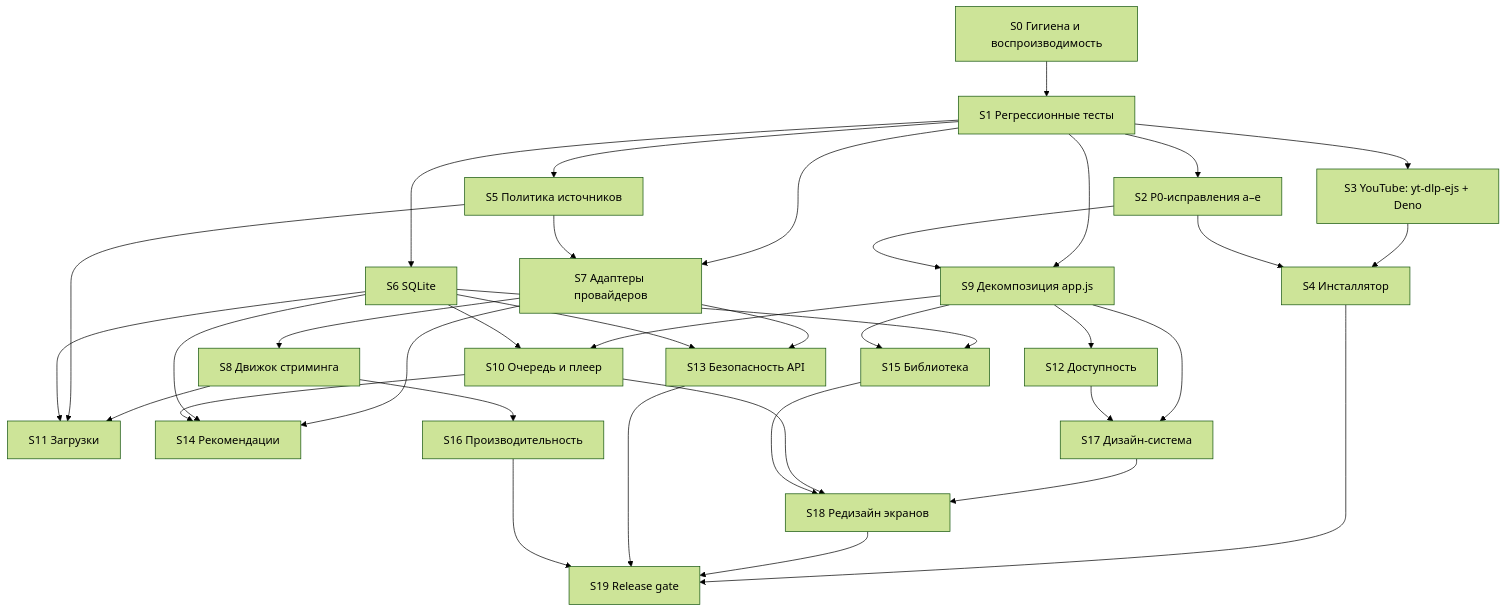
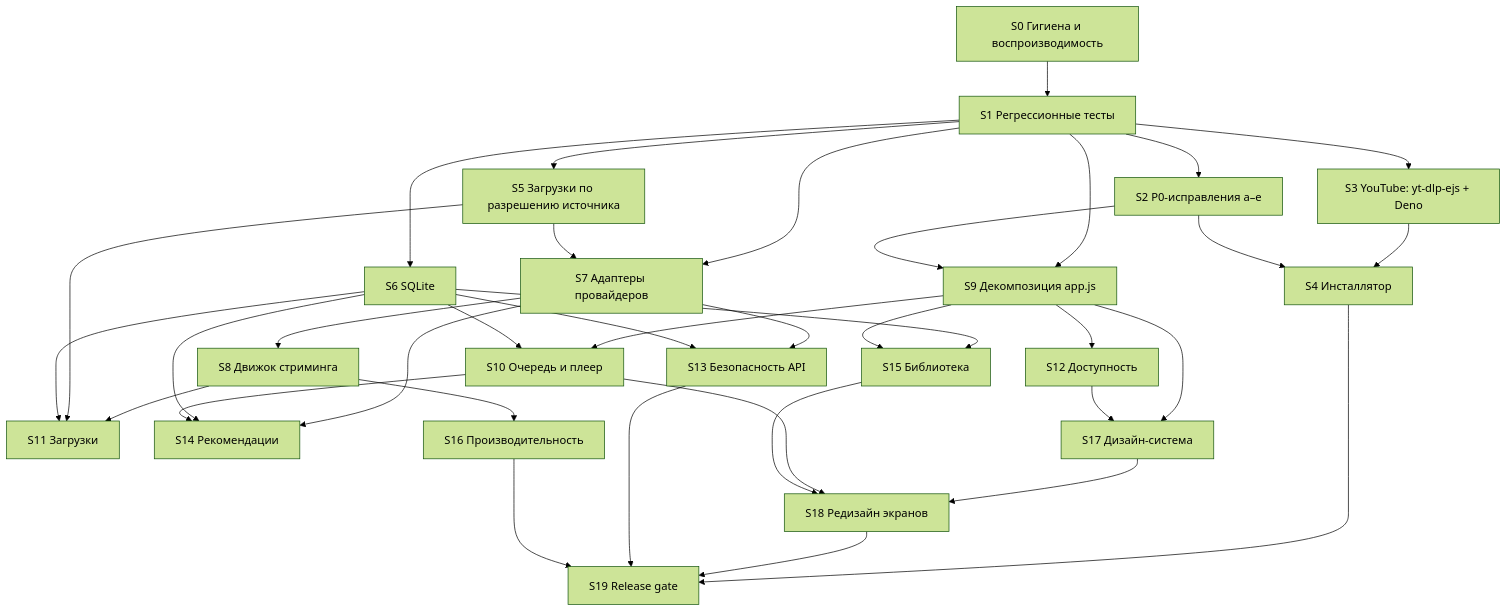
The diagram in docs/engineering/ROADMAP.md (Andrey3269/Wave), drawn with Mermaid (forest theme) before and after one commit. The commit also changed other lines of this file and 4 other files, not shown here.

First line of the commit message:
docs(engineering): S5 report, roadmap, architecture, test strategy

````diff
--- a/docs/engineering/ROADMAP.md
+++ b/docs/engineering/ROADMAP.md
@@ -16,38 +16,38 @@
 ```mermaid
 graph TD
   S0[S0 Гигиена и воспроизводимость] --> S1[S1 Регрессионные тесты]
   S1 --> S2[S2 P0-исправления a–e]
   S1 --> S3[S3 YouTube: yt-dlp-ejs + Deno]
-  S1 --> S5[S5 Политика источников]
+  S1 --> S5[S5 Загрузки по разрешению источника]
   S3 --> S4[S4 Инсталлятор]
   S2 --> S4
   S1 --> S6[S6 SQLite]
   S1 --> S7[S7 Адаптеры провайдеров]
   S5 --> S7
   S7 --> S8[S8 Движок стриминга]
   S1 --> S9[S9 Декомпозиция app.js]
   S2 --> S9
   S9 --> S10[S10 Очередь и плеер]
   S6 --> S10
   S8 --> S11[S11 Загрузки]
   S5 --> S11
   S6 --> S11
   S9 --> S12[S12 Доступность]
   S7 --> S13[S13 Безопасность API]
   S6 --> S13
   S7 --> S14[S14 Рекомендации]
   S6 --> S14
   S10 --> S14
   S6 --> S15[S15 Библиотека]
   S9 --> S15
   S8 --> S16[S16 Производительность]
   S9 --> S17[S17 Дизайн-система]
   S12 --> S17
   S17 --> S18[S18 Редизайн экранов]
   S10 --> S18
   S15 --> S18
   S4 --> S19[S19 Release gate]
   S18 --> S19
   S13 --> S19
   S16 --> S19
 ```
````
